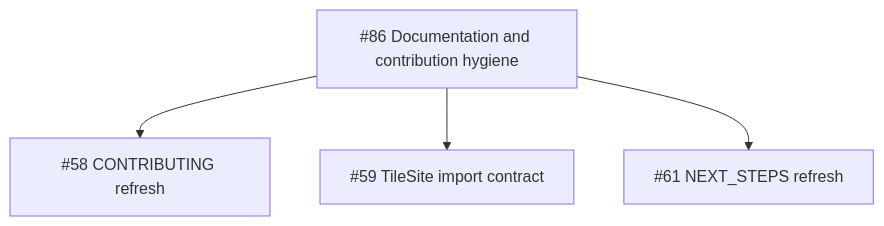
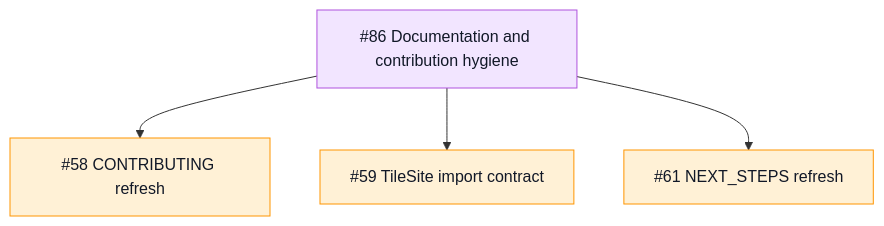
One commit to TileDown/tile-down changed the ninth of 9 diagrams in README.md. Above: the diagram before and after it, drawn with Mermaid. The commit also changed other lines of this file, not shown here.

Commit message:
docs(readme): color code roadmap status

````diff
--- a/README.md
+++ b/README.md
@@ -118,7 +169,10 @@
 ```mermaid
 flowchart TD
-  Epic["#86 Documentation and contribution hygiene"]
-  Epic --> Contributing["#58 CONTRIBUTING refresh"]
-  Epic --> Imports["#59 TileSite import contract"]
-  Epic --> NextSteps["#61 NEXT_STEPS refresh"]
+  Epic["#86 Documentation and contribution hygiene"]:::epic
+  Epic --> Contributing["#58 CONTRIBUTING refresh"]:::todo
+  Epic --> Imports["#59 TileSite import contract"]:::todo
+  Epic --> NextSteps["#61 NEXT_STEPS refresh"]:::todo
+
+  classDef epic fill:#f2e5ff,stroke:#af52de,color:#111827
+  classDef todo fill:#fff1d6,stroke:#ff9500,color:#111827
 ```
````
